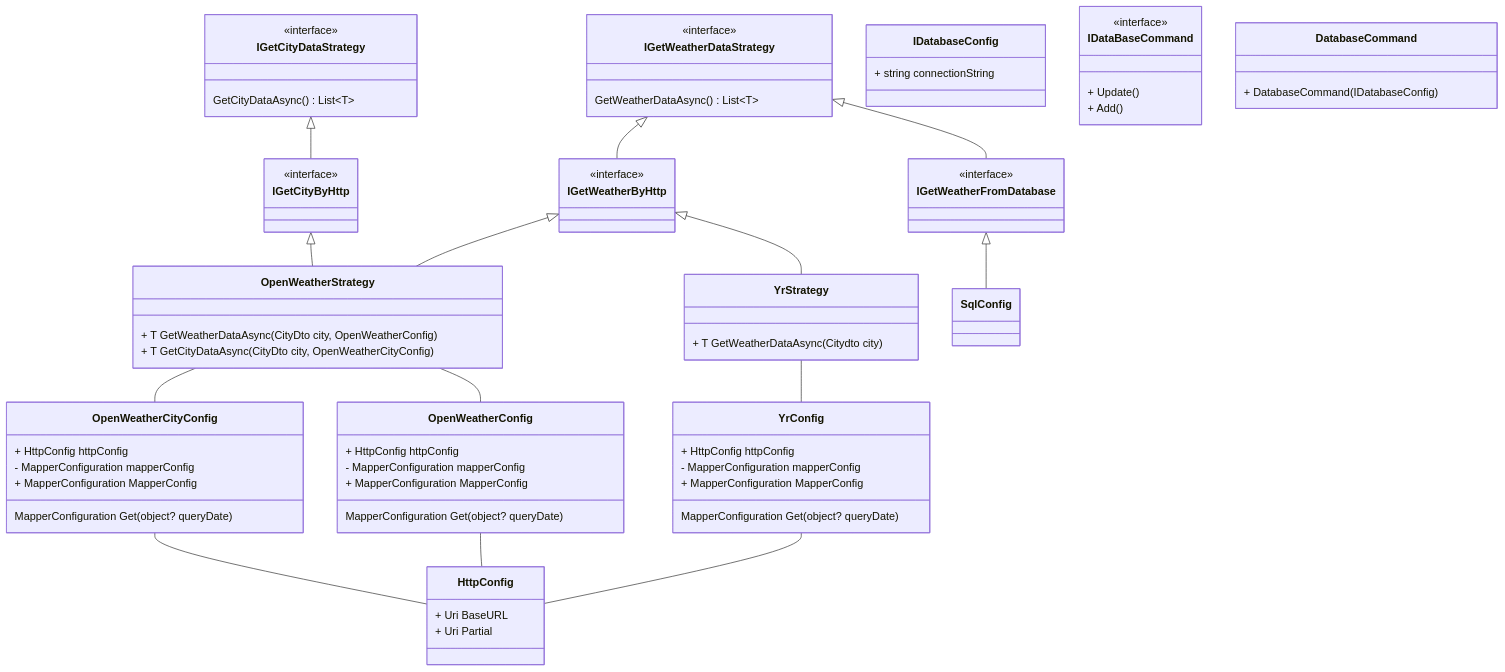
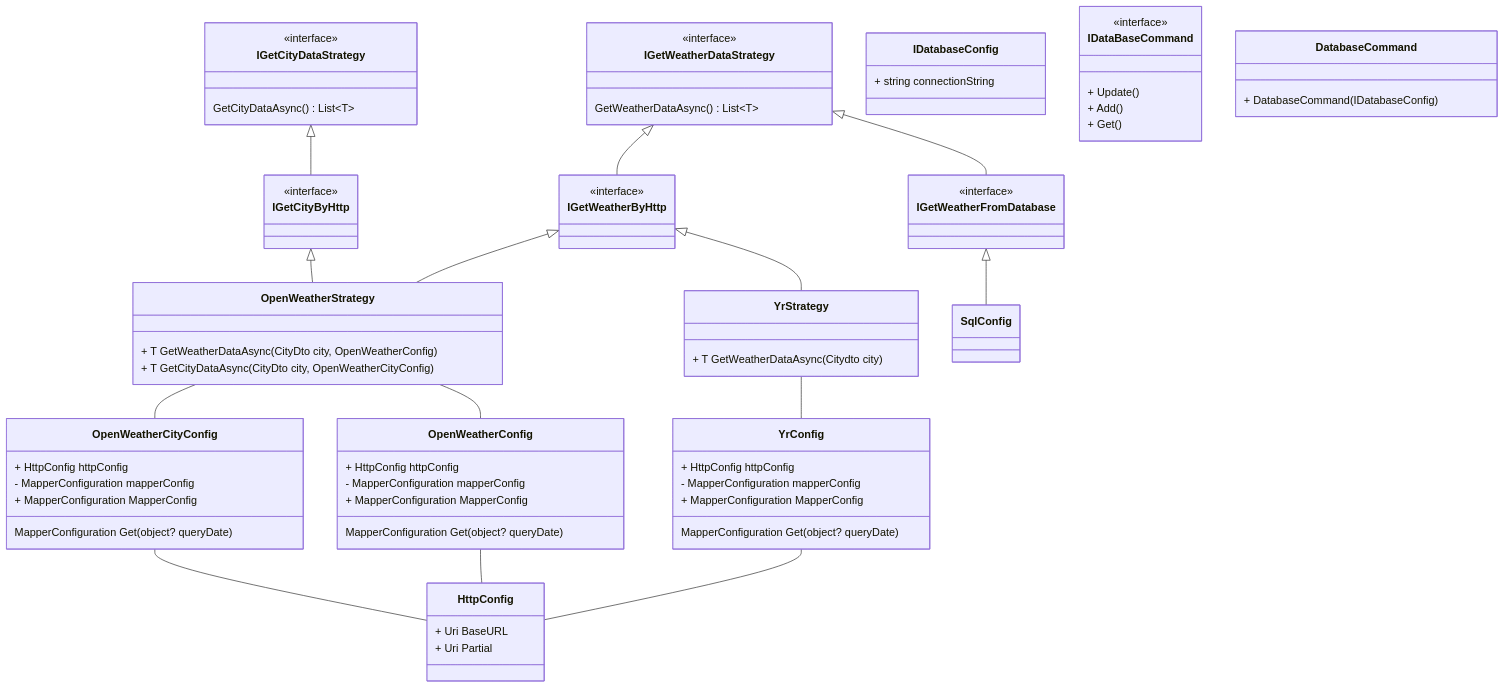
Before and after one commit to danhalvorsen/WeatherSummary: the diagram in WeatherWebAPI/WeatherWebAPI/WeatherWebAPI/Factory/Design.md, drawn with Mermaid. The commit also changed 34 other files, not shown here.

```diff
--- a/WeatherWebAPI/WeatherWebAPI/WeatherWebAPI/Factory/Design.md
+++ b/WeatherWebAPI/WeatherWebAPI/WeatherWebAPI/Factory/Design.md
@@ -91,6 +91,7 @@
 
         + Update()
         + Add()
+        + Get()
     }
 
     class DatabaseCommand {
```
